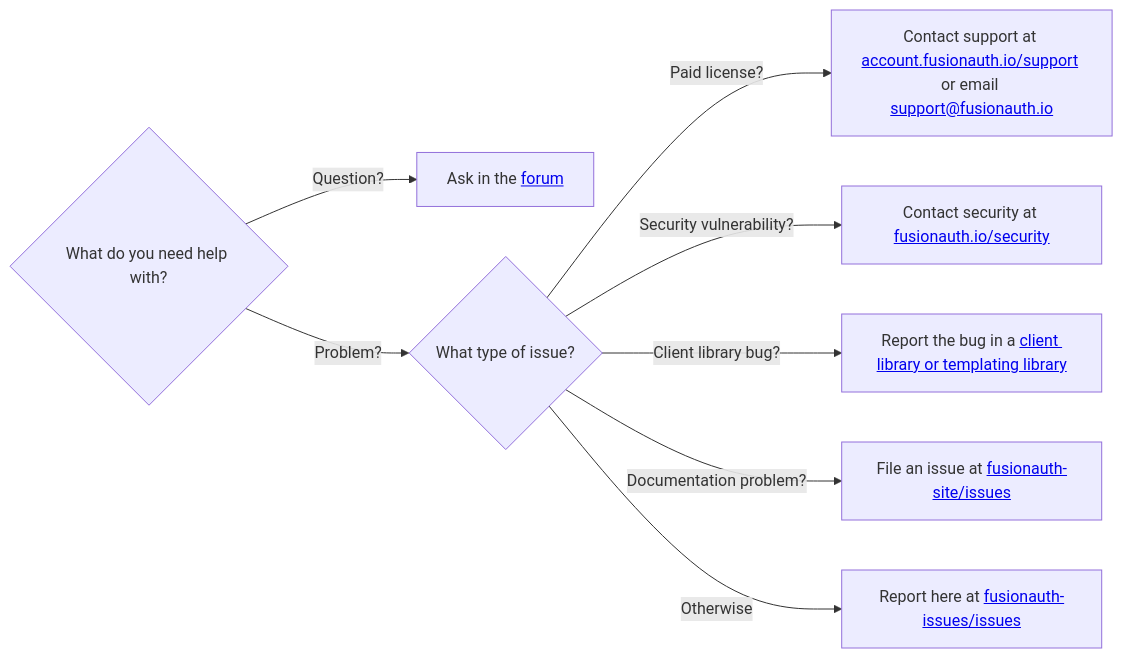
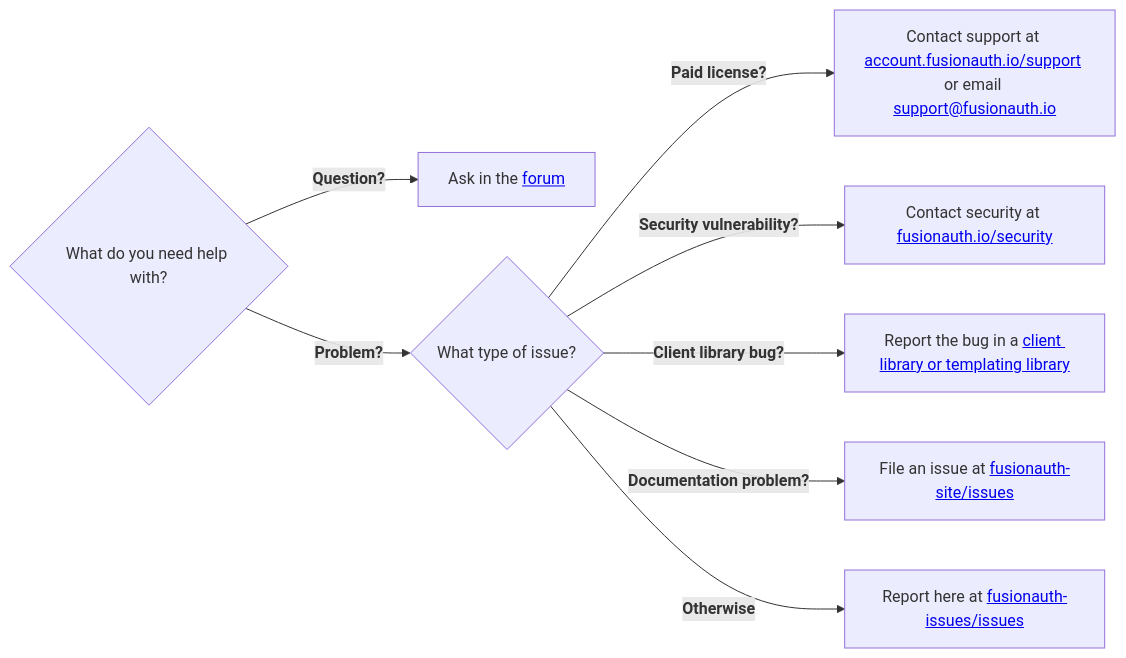
One commit to FusionAuth/fusionauth-issues changed the diagram in README.md. Above: the diagram before and after it, drawn with Mermaid.

Commit message:
Embolden labels

````diff
--- a/README.md
+++ b/README.md
@@ -5,12 +5,12 @@
 ```mermaid
 flowchart LR
     Start{What do you need help with?}
-    Start -->|Question?| Forum[Ask in the <a href="https://fusionauth.io/community/forum/">forum</a>]
-    Start -->|Problem?| IssueType{What type of issue?}
+    Start -->|<b>Question?</b>| Forum[Ask in the <a href="https://fusionauth.io/community/forum/">forum</a>]
+    Start -->|<b>Problem?</b>| IssueType{What type of issue?}
     
-    IssueType -->|Paid license?| Support[Contact support at <a href="https://account.fusionauth.io/account/support/">account.fusionauth.io/support</a> or email <a href="mailto:support@fusionauth.io">support@fusionauth.io</a>]
-    IssueType -->|Security vulnerability?| SecurityNode[Contact security at <a href="https://fusionauth.io/security">fusionauth.io/security</a>]
-    IssueType -->|Client library bug?| ClientNode[Report the bug in a <a href="#client-library-bugs">client library or templating library</a>]
-    IssueType -->|Documentation problem?| DocsNode[File an issue at <a href="https://github.com/FusionAuth/fusionauth-site/issues">fusionauth-site/issues</a>]
-    IssueType -->|Otherwise| ReportNode[Report here at <a href="https://github.com/FusionAuth/fusionauth-issues/issues/new/choose">fusionauth-issues/issues</a>]
+    IssueType -->|<b>Paid license?</b>| Support[Contact support at <a href="https://account.fusionauth.io/account/support/">account.fusionauth.io/support</a> or email <a href="mailto:support@fusionauth.io">support@fusionauth.io</a>]
+    IssueType -->|<b>Security vulnerability?</b>| SecurityNode[Contact security at <a href="https://fusionauth.io/security">fusionauth.io/security</a>]
+    IssueType -->|<b>Client library bug?</b>| ClientNode[Report the bug in a <a href="#client-library-bugs">client library or templating library</a>]
+    IssueType -->|<b>Documentation problem?</b>| DocsNode[File an issue at <a href="https://github.com/FusionAuth/fusionauth-site/issues">fusionauth-site/issues</a>]
+    IssueType -->|<b>Otherwise</b>| ReportNode[Report here at <a href="https://github.com/FusionAuth/fusionauth-issues/issues/new/choose">fusionauth-issues/issues</a>]
 ```
````
